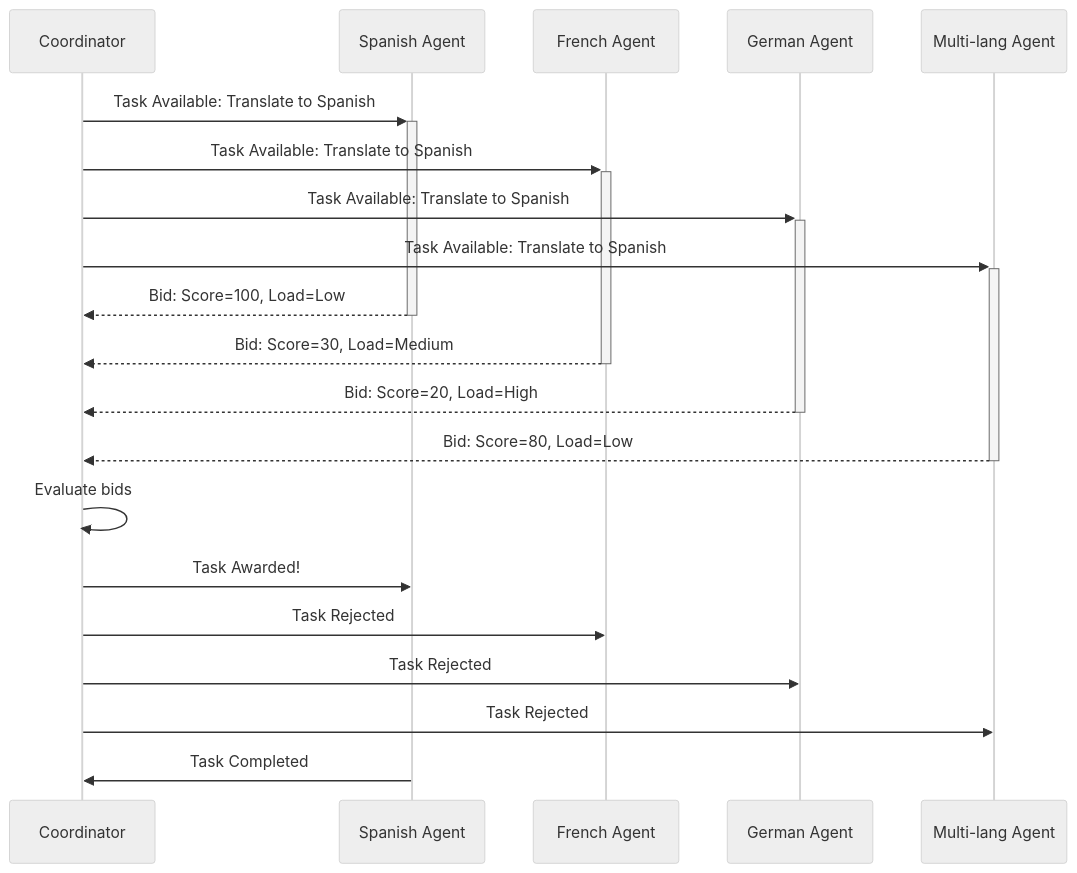
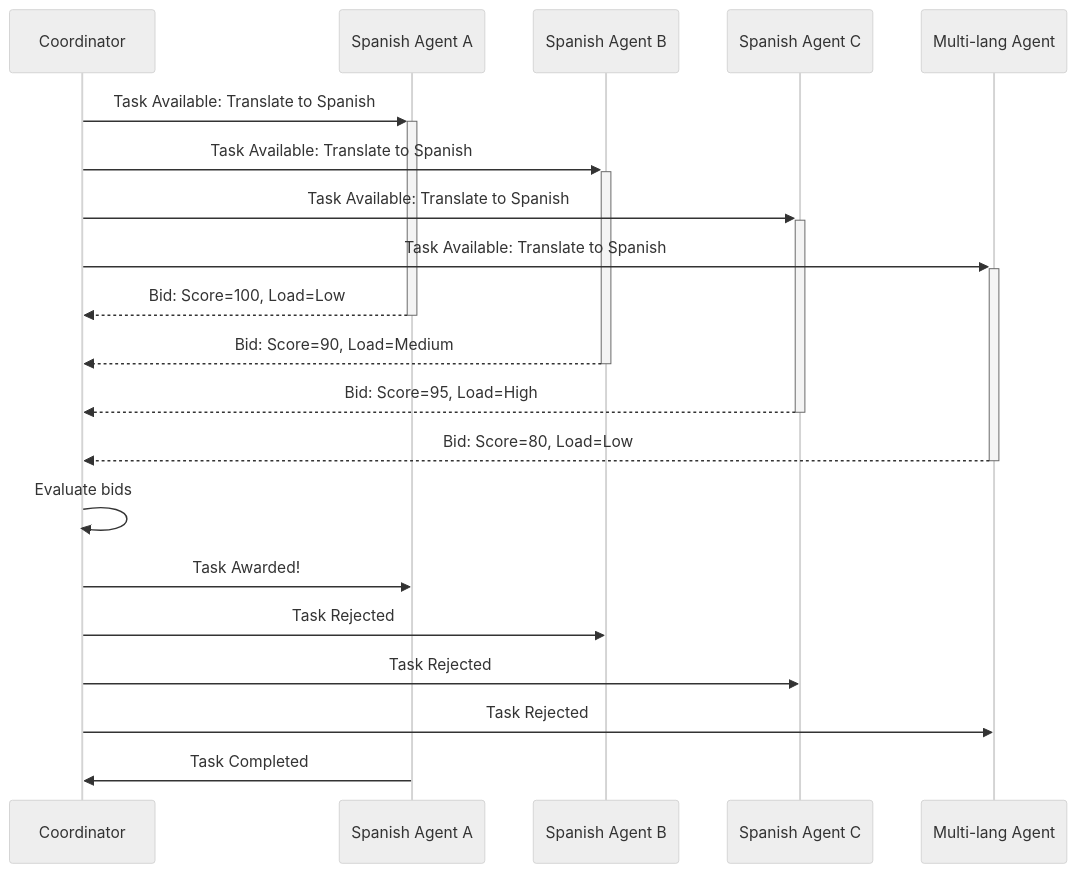
Before and after one commit to dandye/adk_runbooks: the ninth of 27 diagrams in rules-bank/agent_workflow_references.md, drawn with Mermaid (neutral theme). The commit also changed other lines of this file, not shown here.

Commit message:
Fix agent workflow pattern diagrams
- Fix Bidding/Auction Pattern: Replace French/German agents with Spanish Agent A/B/C for Spanish translation task
- Fix Sequential Pipeline Mermaid syntax error: Remove quotes from pipe label notation

````diff
--- a/rules-bank/agent_workflow_references.md
+++ b/rules-bank/agent_workflow_references.md
@@ -388,26 +388,26 @@
 ```mermaid
 sequenceDiagram
     participant C as Coordinator
-    participant A1 as Spanish Agent
-    participant A2 as French Agent
-    participant A3 as German Agent
+    participant A1 as Spanish Agent A
+    participant A2 as Spanish Agent B
+    participant A3 as Spanish Agent C
     participant A4 as Multi-lang Agent
 
     C->>+A1: Task Available: Translate to Spanish
     C->>+A2: Task Available: Translate to Spanish
     C->>+A3: Task Available: Translate to Spanish
     C->>+A4: Task Available: Translate to Spanish
 
     A1-->>-C: Bid: Score=100, Load=Low
-    A2-->>-C: Bid: Score=30, Load=Medium
-    A3-->>-C: Bid: Score=20, Load=High
+    A2-->>-C: Bid: Score=90, Load=Medium
+    A3-->>-C: Bid: Score=95, Load=High
     A4-->>-C: Bid: Score=80, Load=Low
 
     C->>C: Evaluate bids
     C->>A1: Task Awarded!
     C->>A2: Task Rejected
     C->>A3: Task Rejected
     C->>A4: Task Rejected
 
     A1->>C: Task Completed
 ```
````
